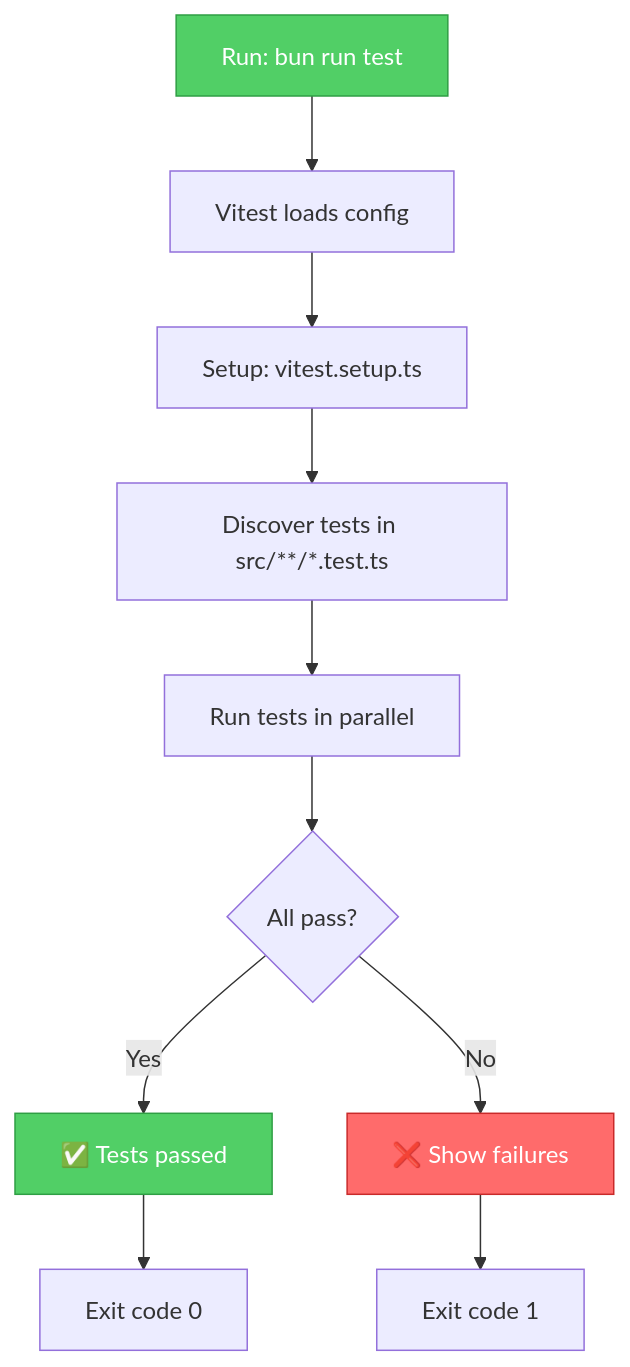
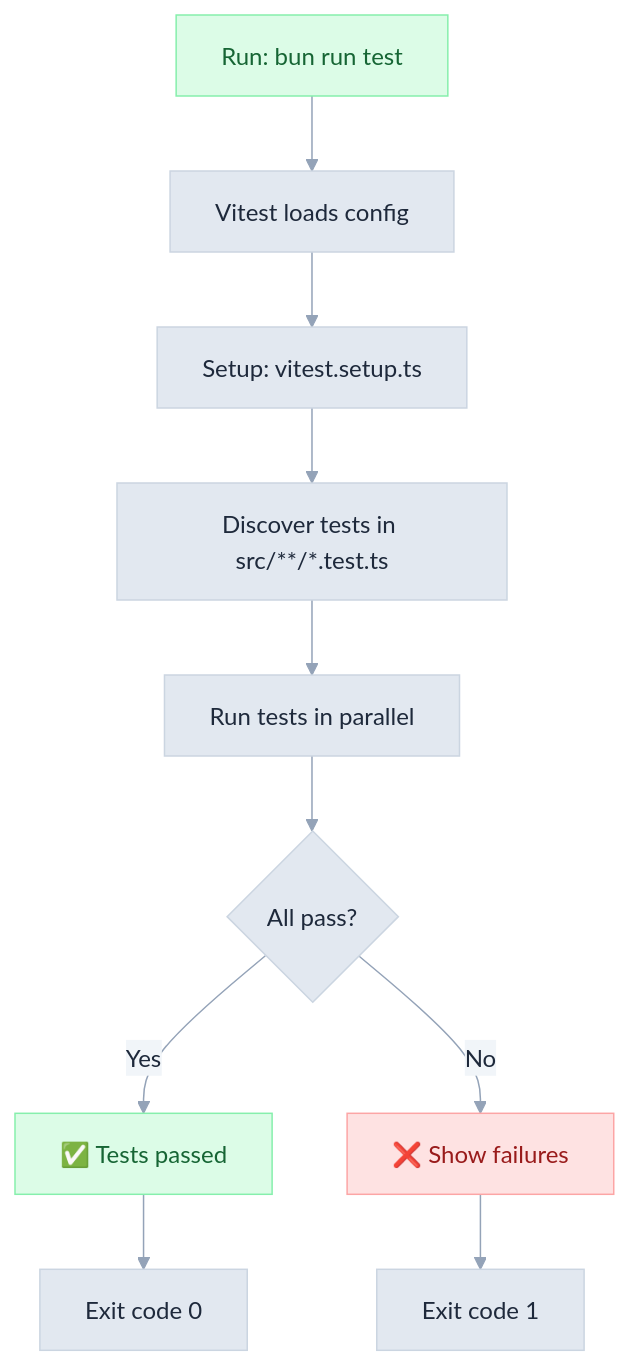
Before and after one commit to 3DHDSoft/devmultiplier-academy: the first of 2 diagrams in doc/TESTING.md, drawn with Mermaid. The commit also changed other lines of this file and 19 other files, not shown here.

````diff
--- a/doc/TESTING.md
+++ b/doc/TESTING.md
@@ -26,16 +26,26 @@
 ```mermaid
-flowchart TD
+%%{init: {'theme': 'base', 'themeVariables': {
+  'primaryColor': '#e2e8f0',
+  'primaryTextColor': '#1e293b',
+  'primaryBorderColor': '#cbd5e1',
+  'lineColor': '#94a3b8',
+  'secondaryColor': '#f1f5f9',
+  'tertiaryColor': '#f8fafc',
+  'background': '#ffffff',
+  'textColor': '#334155',
+  'fontFamily': 'system-ui, -apple-system, sans-serif'
+}}}%%flowchart TD
     A[Run: bun run test] --> B[Vitest loads config]
     B --> C[Setup: vitest.setup.ts]
     C --> D[Discover tests in src/**/*.test.ts]
     D --> E[Run tests in parallel]
     E --> F{All pass?}
     F -->|Yes| G[✅ Tests passed]
     F -->|No| H[❌ Show failures]
     H --> I[Exit code 1]
     G --> J[Exit code 0]
 
-    style A fill:#51cf66,stroke:#2f9e44,color:#fff
-    style G fill:#51cf66,stroke:#2f9e44,color:#fff
-    style H fill:#ff6b6b,stroke:#c92a2a,color:#fff
+    style A fill:#dcfce7,stroke:#86efac,color:#166534
+    style G fill:#dcfce7,stroke:#86efac,color:#166534
+    style H fill:#fee2e2,stroke:#fca5a5,color:#991b1b
 ```
````
